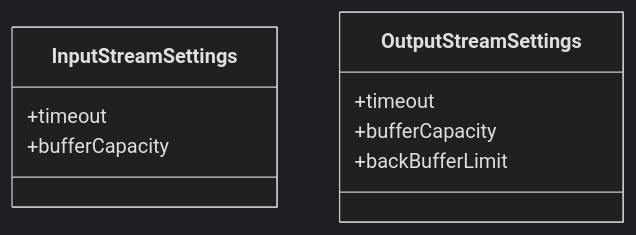
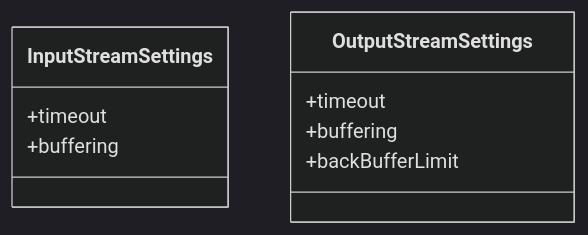
Before and after one commit to erbsland-dev/erbsland-core: the third of 3 diagrams in doc/topics/stream/creating_streams.rst, drawn with Mermaid (dark theme). The commit also changed other lines of this file and 1622 other files, not shown here.

```diff
--- a/doc/topics/stream/creating_streams.rst
+++ b/doc/topics/stream/creating_streams.rst
@@ -256,12 +281,12 @@
 .. mermaid::
 
     classDiagram
         class InputStreamSettings {
             +timeout
-            +bufferCapacity
+            +buffering
         }
         class OutputStreamSettings {
             +timeout
-            +bufferCapacity
+            +buffering
             +backBufferLimit
         }
```
